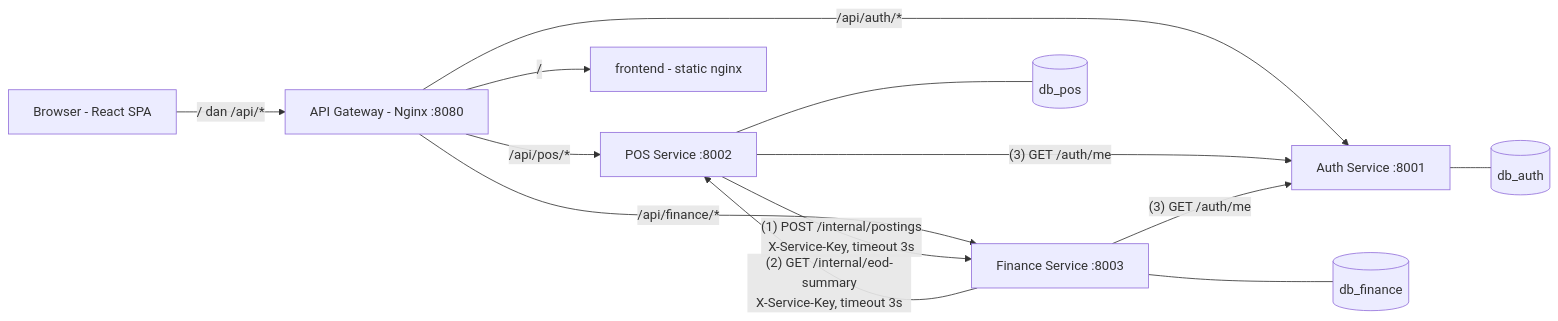
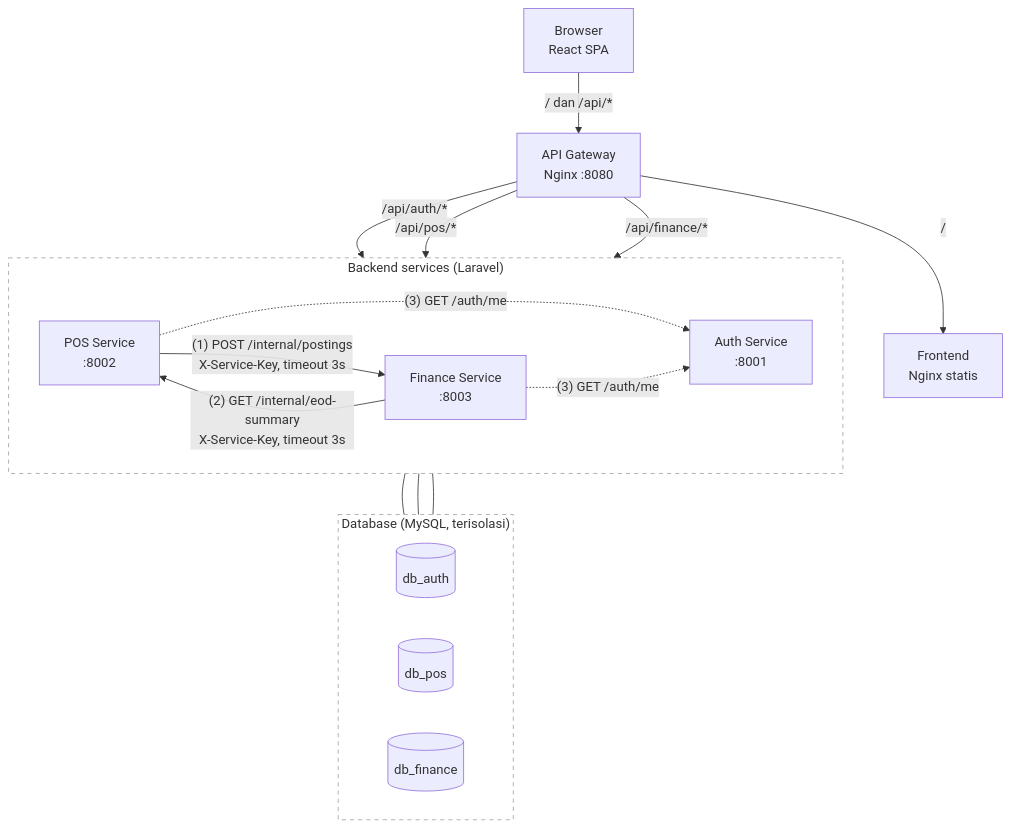
One commit to suadda/microservices-pos-finance changed the first of 4 diagrams in README.md. Above: the diagram before and after it, drawn with Mermaid. The commit also changed other lines of this file, not shown here.

First line of the commit message:
docs: README architecture, schema, API reference and test scenarios

````diff
--- a/README.md
+++ b/README.md
@@ -66,15 +95,36 @@
 ```mermaid
-flowchart LR
-    B[Browser - React SPA] -->|/ dan /api/*| G[API Gateway - Nginx :8080]
-    G -->|/api/auth/*| A[Auth Service :8001]
-    G -->|/api/pos/*| P[POS Service :8002]
-    G -->|/api/finance/*| F[Finance Service :8003]
-    G -->|/| FE[frontend - static nginx]
-    P -- "(1) POST /internal/postings<br/>X-Service-Key, timeout 3s" --> F
-    F -- "(2) GET /internal/eod-summary<br/>X-Service-Key, timeout 3s" --> P
-    P -- "(3) GET /auth/me" --> A
-    F -- "(3) GET /auth/me" --> A
-    A --- DA[(db_auth)]
-    P --- DP[(db_pos)]
-    F --- DF[(db_finance)]
+flowchart TB
+    B["Browser<br/>React SPA"]
+    G["API Gateway<br/>Nginx :8080"]
+    FE["Frontend<br/>Nginx statis"]
+
+    subgraph SVC["Backend services (Laravel)"]
+        direction LR
+        A["Auth Service<br/>:8001"]
+        P["POS Service<br/>:8002"]
+        F["Finance Service<br/>:8003"]
+    end
+
+    subgraph DB["Database (MySQL, terisolasi)"]
+        direction LR
+        DA[("db_auth")]
+        DP[("db_pos")]
+        DF[("db_finance")]
+    end
+
+    B -->|"/ dan /api/*"| G
+    G -->|"/"| FE
+    G -->|"/api/auth/*"| A
+    G -->|"/api/pos/*"| P
+    G -->|"/api/finance/*"| F
+    P -->|"(1) POST /internal/postings<br/>X-Service-Key, timeout 3s"| F
+    F -->|"(2) GET /internal/eod-summary<br/>X-Service-Key, timeout 3s"| P
+    P -.->|"(3) GET /auth/me"| A
+    F -.->|"(3) GET /auth/me"| A
+    A --- DA
+    P --- DP
+    F --- DF
+
+    style SVC fill:none,stroke:#9ca3af,stroke-dasharray:5 5
+    style DB fill:none,stroke:#9ca3af,stroke-dasharray:5 5
 ```
````
